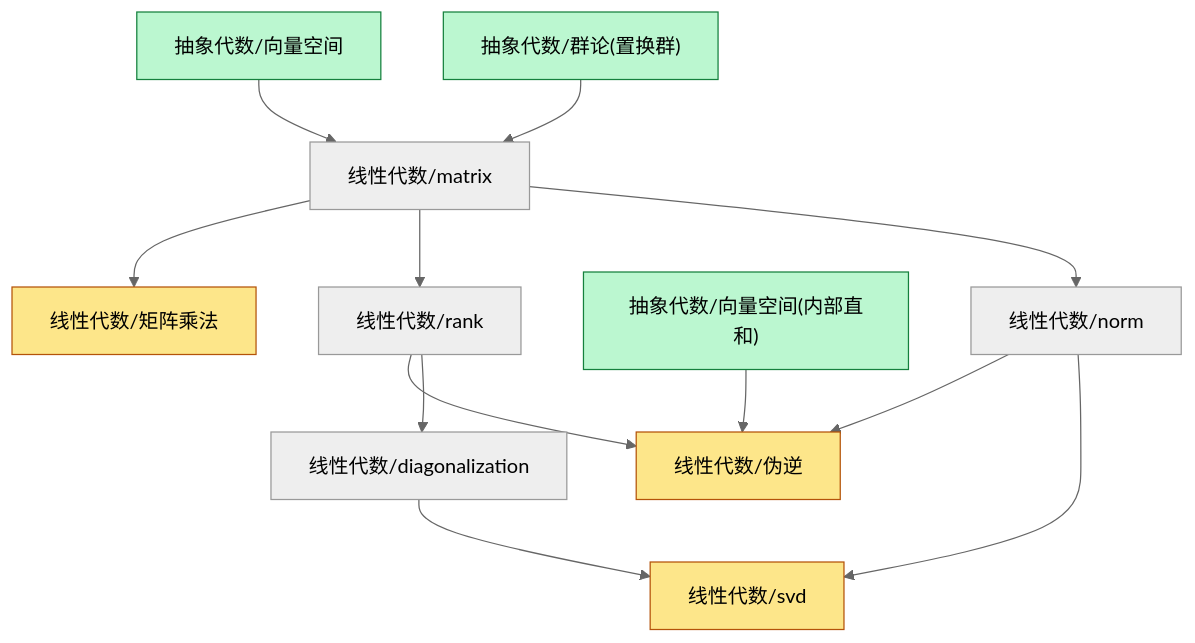
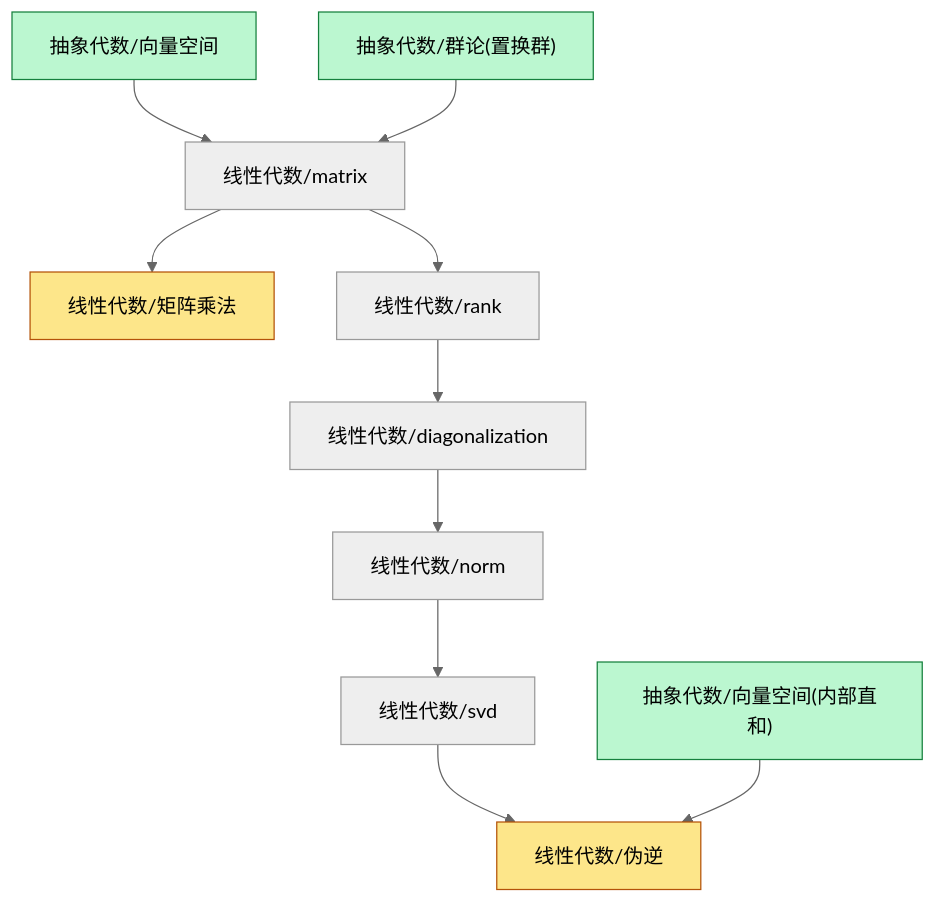
One commit to zeroDtree/zeroDtree.github.io changed the diagram in content/线性代数/dependency_graph.md. Above: the diagram before and after it, drawn with Mermaid (neutral theme). The commit also changed 4 other files, not shown here.

````diff
--- a/content/线性代数/dependency_graph.md
+++ b/content/线性代数/dependency_graph.md
@@ -1,18 +1,16 @@
 ```mermaid
 graph TD
-1["线性代数/rank"] --> 0["线性代数/伪逆"]
-2["线性代数/norm"] --> 0["线性代数/伪逆"]
-3["抽象代数/向量空间(内部直和)"] --> 0["线性代数/伪逆"]
-5["线性代数/matrix"] --> 4["线性代数/矩阵乘法"]
-5["线性代数/matrix"] --> 1["线性代数/rank"]
-6["抽象代数/向量空间"] --> 5["线性代数/matrix"]
-7["抽象代数/群论(置换群)"] --> 5["线性代数/matrix"]
-1["线性代数/rank"] --> 8["线性代数/diagonalization"]
-8["线性代数/diagonalization"] --> 9["线性代数/svd"]
-2["线性代数/norm"] --> 9["线性代数/svd"]
-5["线性代数/matrix"] --> 2["线性代数/norm"]
+1["线性代数/svd"] --> 0["线性代数/伪逆"]
+2["抽象代数/向量空间(内部直和)"] --> 0["线性代数/伪逆"]
+4["线性代数/matrix"] --> 3["线性代数/矩阵乘法"]
+4["线性代数/matrix"] --> 5["线性代数/rank"]
+6["抽象代数/向量空间"] --> 4["线性代数/matrix"]
+7["抽象代数/群论(置换群)"] --> 4["线性代数/matrix"]
+5["线性代数/rank"] --> 8["线性代数/diagonalization"]
+9["线性代数/norm"] --> 1["线性代数/svd"]
+8["线性代数/diagonalization"] --> 9["线性代数/norm"]
 classDef leaf fill:#fde68a,stroke:#b45309
-class 0,4,9 leaf
+class 0,3 leaf
 classDef foundationRoot fill:#bbf7d0,stroke:#15803d
-class 3,6,7 foundationRoot
+class 2,6,7 foundationRoot
 ```
````
